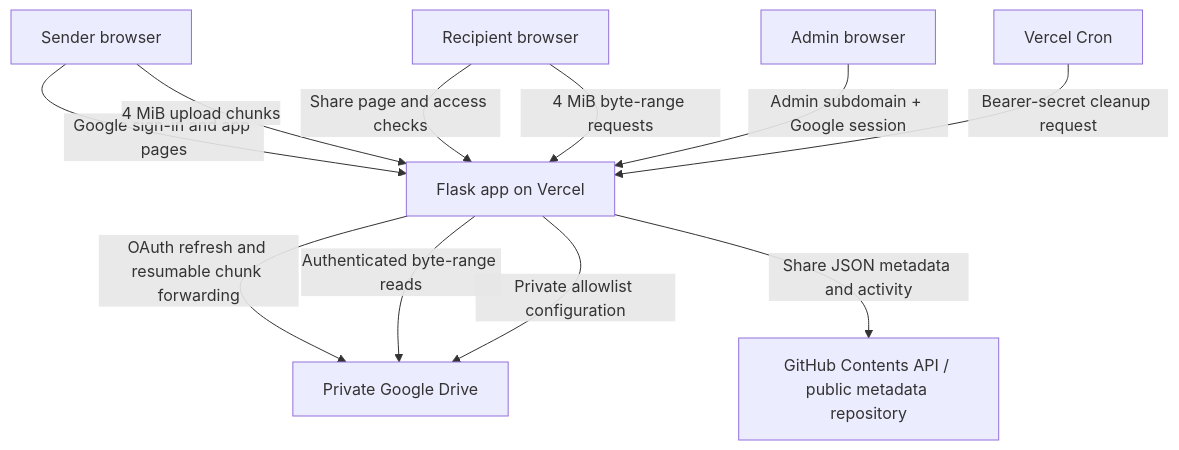
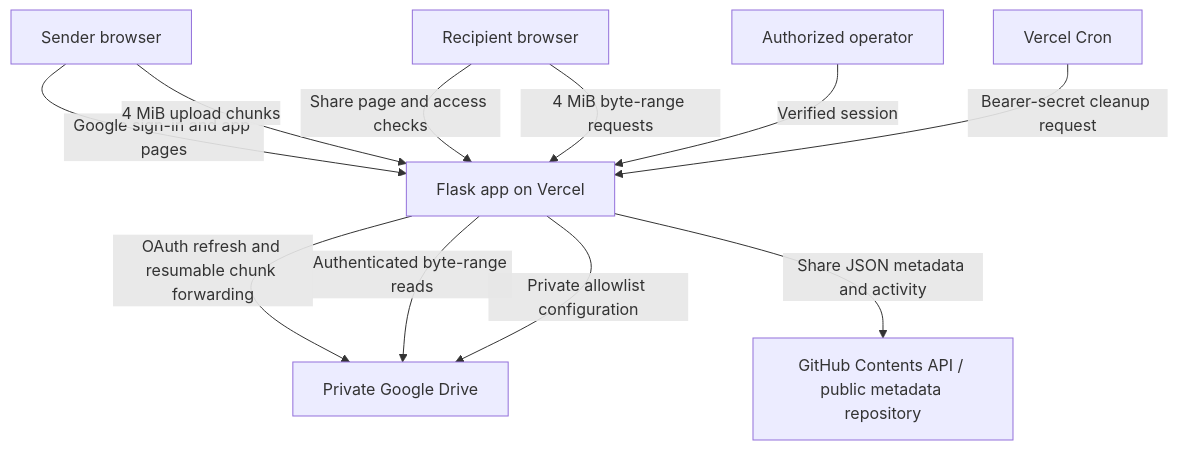
One commit to Darshan-U-P/QuickShare-Cloud changed the diagram in README.md. Above: the diagram before and after it, drawn with Mermaid. The commit also changed other lines of this file, not shown here.

Commit message:
Remove remaining private admin access references from README

````diff
--- a/README.md
+++ b/README.md
@@ -43,13 +43,13 @@
 ```mermaid
 flowchart TD
     Sender[Sender browser] -->|Google sign-in and app pages| App[Flask app on Vercel]
     Sender -->|4 MiB upload chunks| App
     App -->|OAuth refresh and resumable chunk forwarding| Drive[Private Google Drive]
     App -->|Share JSON metadata and activity| GH[GitHub Contents API / public metadata repository]
     Recipient[Recipient browser] -->|Share page and access checks| App
     Recipient -->|4 MiB byte-range requests| App
     App -->|Authenticated byte-range reads| Drive
-    Admin[Admin browser] -->|Admin subdomain + Google session| App
+    Operator[Authorized operator] -->|Verified session| App
     App -->|Private allowlist configuration| Drive
     Cron[Vercel Cron] -->|Bearer-secret cleanup request| App
 ```
````
